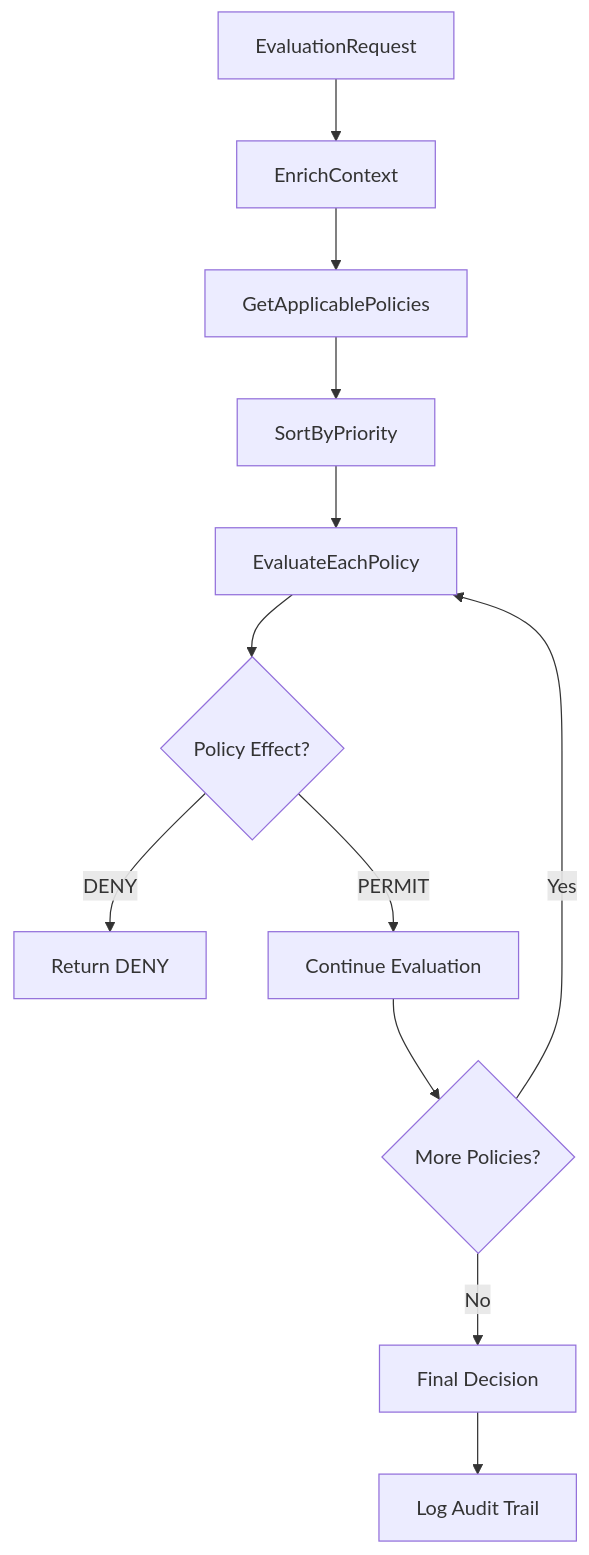
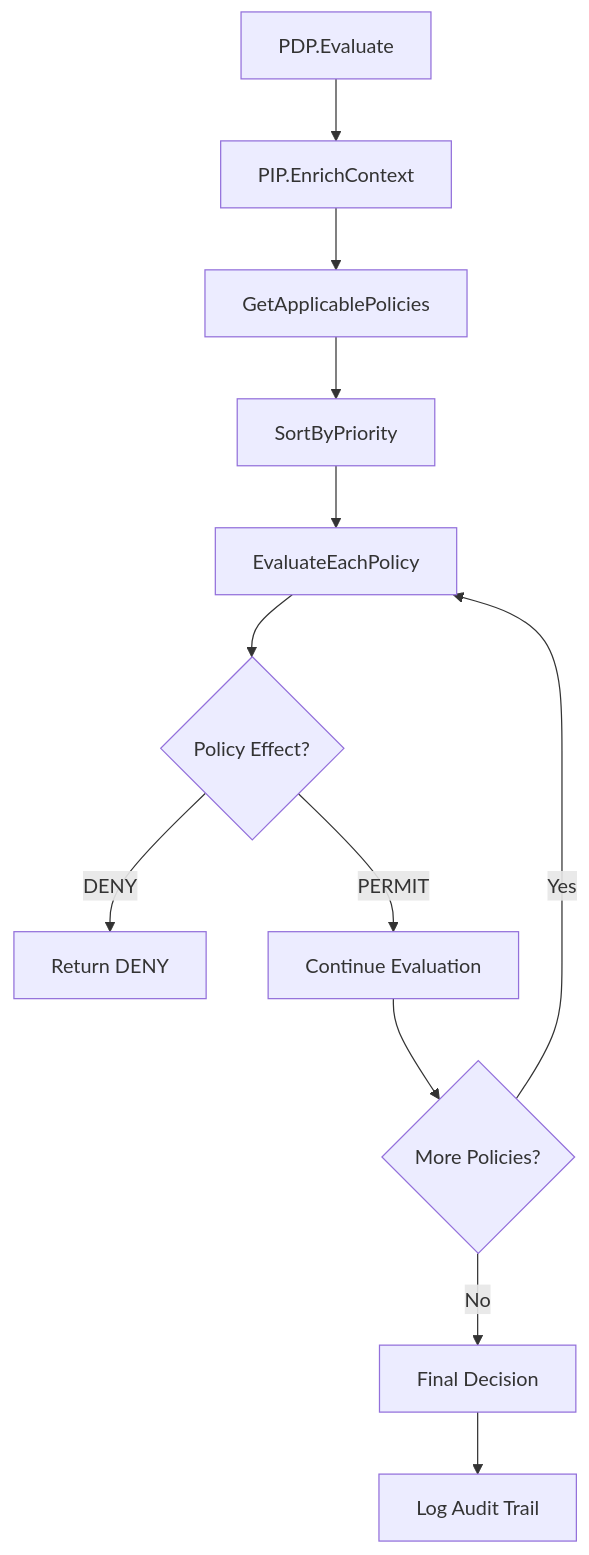
One commit to dotrongnhan/abac-gogo changed the third of 3 diagrams in ABAC_SYSTEM_DOCUMENTATION.md. Above: the diagram before and after it, drawn with Mermaid. The commit also changed other lines of this file and 4 other files, not shown here.

````diff
--- a/ABAC_SYSTEM_DOCUMENTATION.md
+++ b/ABAC_SYSTEM_DOCUMENTATION.md
@@ -130,14 +167,14 @@
 ```mermaid
 graph TD
-    A[EvaluationRequest] --> B[EnrichContext]
+    A[PDP.Evaluate] --> B[PIP.EnrichContext]
     B --> C[GetApplicablePolicies]
     C --> D[SortByPriority]
     D --> E[EvaluateEachPolicy]
     E --> F{Policy Effect?}
     F -->|DENY| G[Return DENY]
     F -->|PERMIT| H[Continue Evaluation]
     H --> I{More Policies?}
     I -->|Yes| E
     I -->|No| J[Final Decision]
     J --> K[Log Audit Trail]
 ```
````
